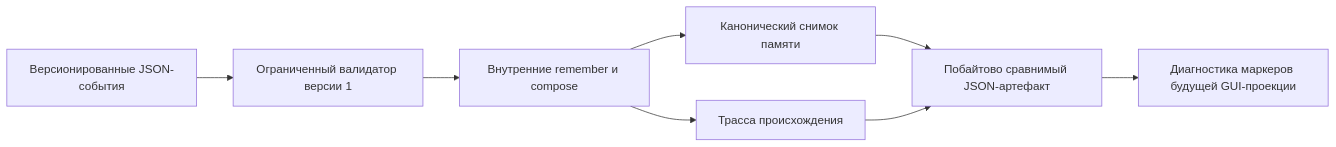
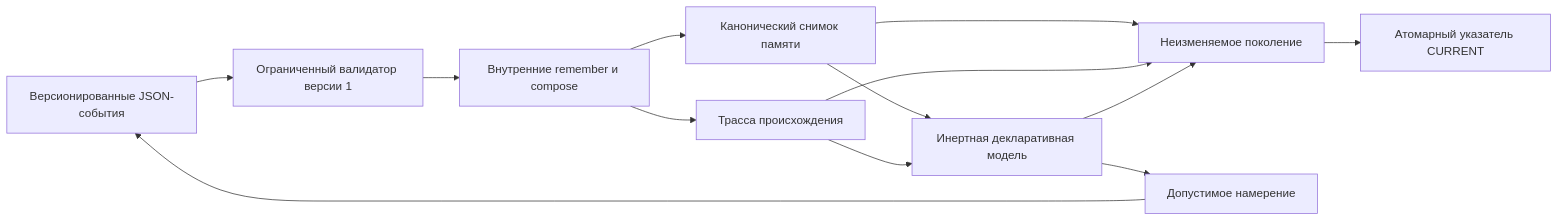
One commit to fum-lab/fum changed the diagram in Прототипы/воспроизводимое-пополнение-памяти/README.md. Above: the diagram before and after it, drawn with Mermaid. The commit also changed other lines of this file and 36 other files, not shown here.

````diff
--- a/Прототипы/воспроизводимое-пополнение-памяти/README.md
+++ b/Прототипы/воспроизводимое-пополнение-памяти/README.md
@@ -9,10 +9,15 @@
 ```mermaid
 flowchart LR
     events["Версионированные JSON-события"] --> validator["Ограниченный валидатор версии 1"]
     validator --> interpreter["Внутренние remember и compose"]
     interpreter --> snapshot["Канонический снимок памяти"]
     interpreter --> trace["Трасса происхождения"]
-    snapshot --> artifact["Побайтово сравнимый JSON-артефакт"]
-    trace --> artifact
-    artifact --> markers["Диагностика маркеров будущей GUI-проекции"]
+    snapshot --> projection["Инертная декларативная модель"]
+    trace --> projection
+    snapshot --> generation["Неизменяемое поколение"]
+    trace --> generation
+    projection --> generation
+    generation --> current["Атомарный указатель CURRENT"]
+    projection --> intent["Допустимое намерение"]
+    intent --> events
 ```
````
